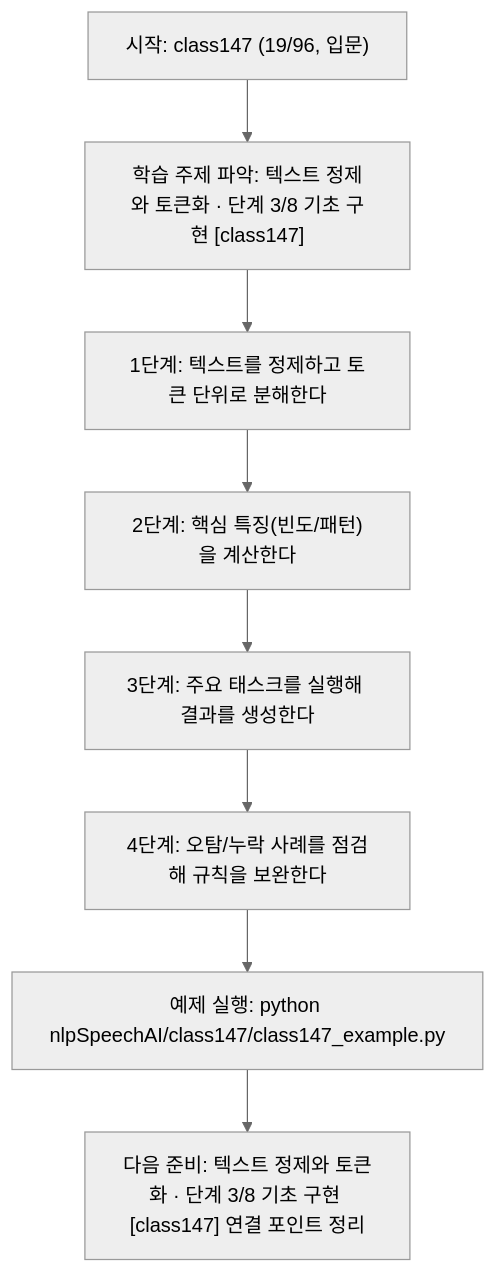
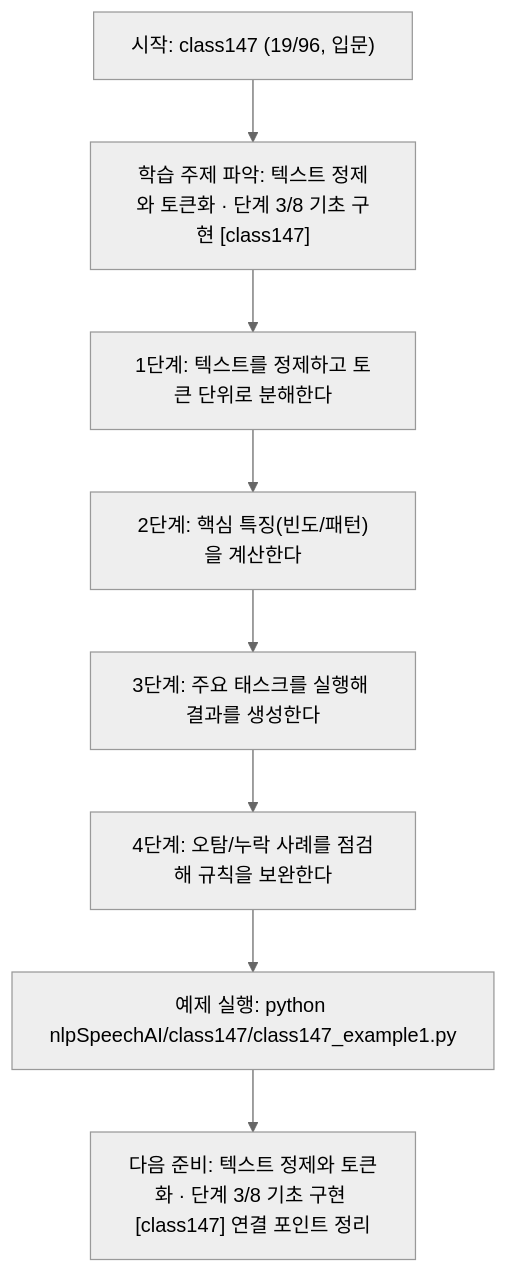
One commit to edumgt/Python-AI_Agent-Class changed the diagram in nlpSpeechAI/class147/class147.md. Above: the diagram before and after it, drawn with Mermaid (neutral theme). The commit also changed other lines of this file and 2959 other files, not shown here.

````diff
--- a/nlpSpeechAI/class147/class147.md
+++ b/nlpSpeechAI/class147/class147.md
@@ -114,18 +114,18 @@
 ```mermaid
 flowchart TD
 N1["시작: class147 (19/96, 입문)"]
 N2["학습 주제 파악: 텍스트 정제와 토큰화 · 단계 3/8 기초 구현 [class147]"]
 N3["1단계: 텍스트를 정제하고 토큰 단위로 분해한다"]
 N4["2단계: 핵심 특징(빈도/패턴)을 계산한다"]
 N5["3단계: 주요 태스크를 실행해 결과를 생성한다"]
 N6["4단계: 오탐/누락 사례를 점검해 규칙을 보완한다"]
-N7["예제 실행: python nlpSpeechAI/class147/class147_example.py"]
+N7["예제 실행: python nlpSpeechAI/class147/class147_example1.py"]
 N8["다음 준비: 텍스트 정제와 토큰화 · 단계 3/8 기초 구현 [class147] 연결 포인트 정리"]
 N1 --> N2
 N2 --> N3
 N3 --> N4
 N4 --> N5
 N5 --> N6
 N6 --> N7
 N7 --> N8
 ```
````
